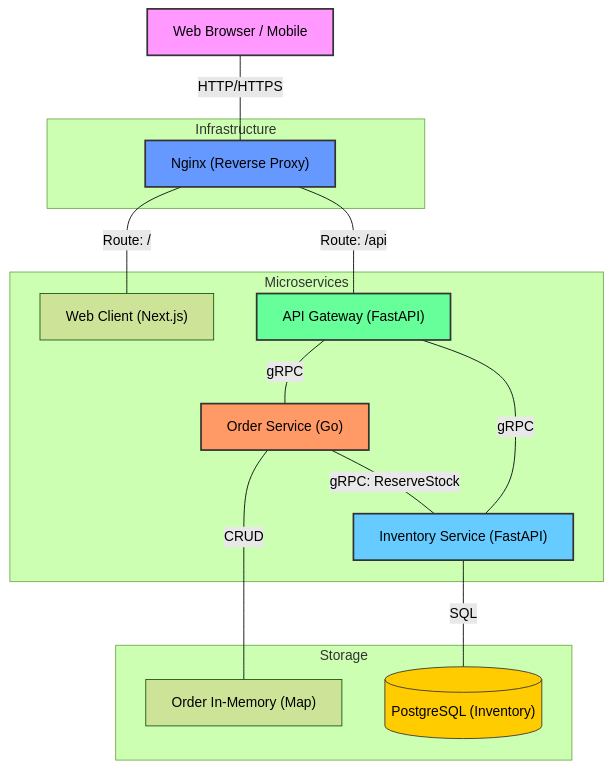
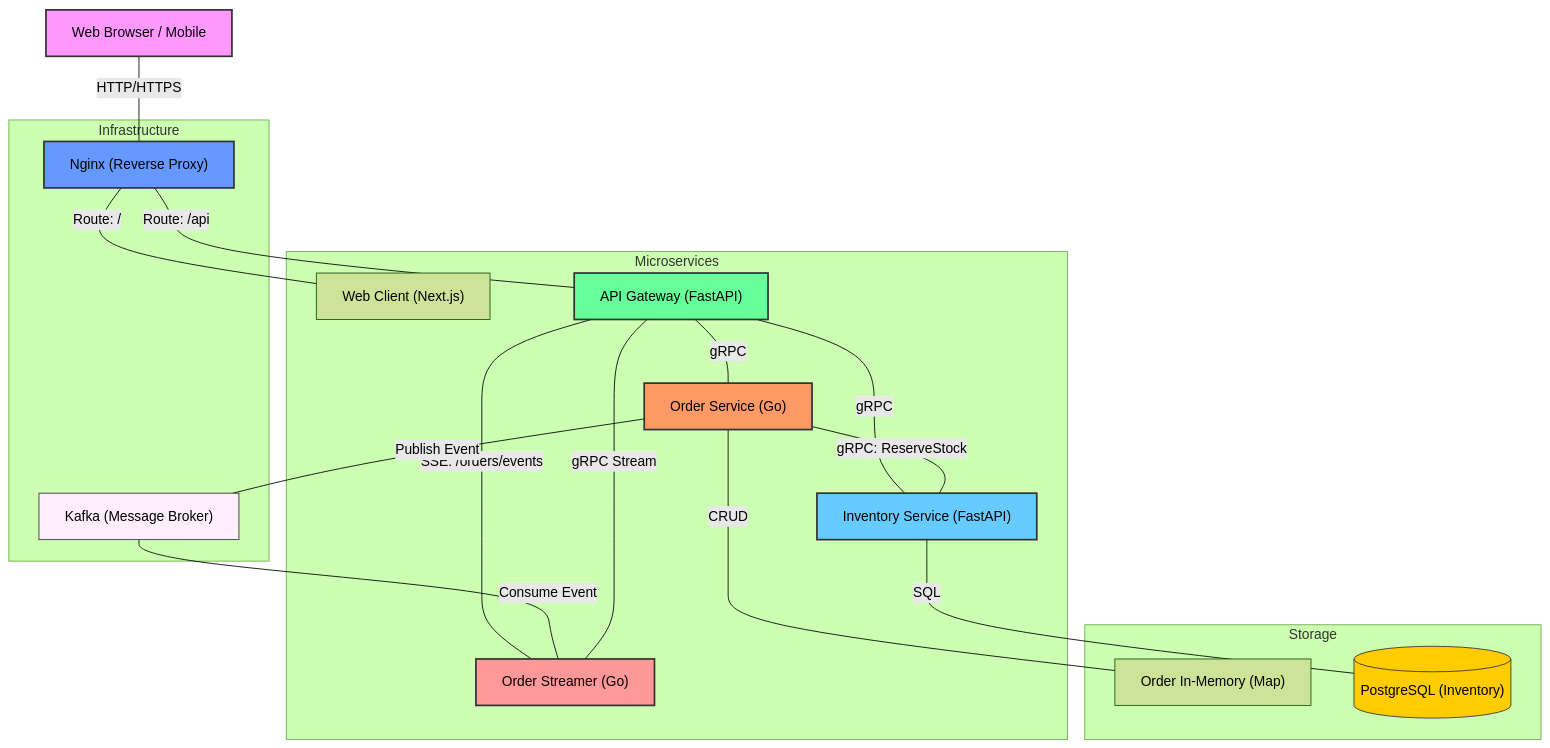
The diagram in order-processing-system/docs/architecture_diagram.md (sairam0424/gRPC-micro-services), drawn with Mermaid (forest theme) before and after one commit. The commit also changed other lines of this file and 37 other files, not shown here.

Commit message:
feat: Implement real-time order status streaming using gRPC, Kafka, and SSE across services.

````diff
--- a/order-processing-system/docs/architecture_diagram.md
+++ b/order-processing-system/docs/architecture_diagram.md
@@ -11,38 +11,48 @@
 ```mermaid
 graph TD
     Client["Web Browser / Mobile"]
     
     subgraph "Infrastructure"
         Proxy["Nginx (Reverse Proxy)"]
+        KafkaBroker["Kafka (Message Broker)"]
     end
     
     subgraph "Microservices"
         WebClient["Web Client (Next.js)"]
         APIGateway["API Gateway (FastAPI)"]
         OrderService["Order Service (Go)"]
+        OrderStreamer["Order Streamer (Go)"]
         InventoryService["Inventory Service (FastAPI)"]
     end
     
     subgraph "Storage"
         OrderInMemory["Order In-Memory (Map)"]
         InventoryDB[("PostgreSQL (Inventory)")]
     end
     
     %% Connections
     Client ---|HTTP/HTTPS| Proxy
     Proxy ---|Route: /| WebClient
     Proxy ---|Route: /api| APIGateway
     APIGateway ---|gRPC| OrderService
     APIGateway ---|gRPC| InventoryService
+    APIGateway ---|SSE: /orders/events| OrderStreamer
+    
     OrderService ---|gRPC: ReserveStock| InventoryService
+    OrderService ---|Publish Event| KafkaBroker
+    KafkaBroker ---|Consume Event| OrderStreamer
+    OrderStreamer ---|gRPC Stream| APIGateway
+    
     OrderService ---|CRUD| OrderInMemory
     InventoryService ---|SQL| InventoryDB
     
     %% Styling
     style Client fill:#f9f,stroke:#333,stroke-width:2px
     style Proxy fill:#69f,stroke:#333,stroke-width:2px
+    style KafkaBroker fill:#fef,stroke:#333
     style APIGateway fill:#6f9,stroke:#333,stroke-width:2px
     style OrderService fill:#f96,stroke:#333,stroke-width:2px
+    style OrderStreamer fill:#ff9999,stroke:#333,stroke-width:2px
     style InventoryService fill:#66ccff,stroke:#333,stroke-width:2px
     style InventoryDB fill:#ffcc00,stroke:#333
 ```
````
